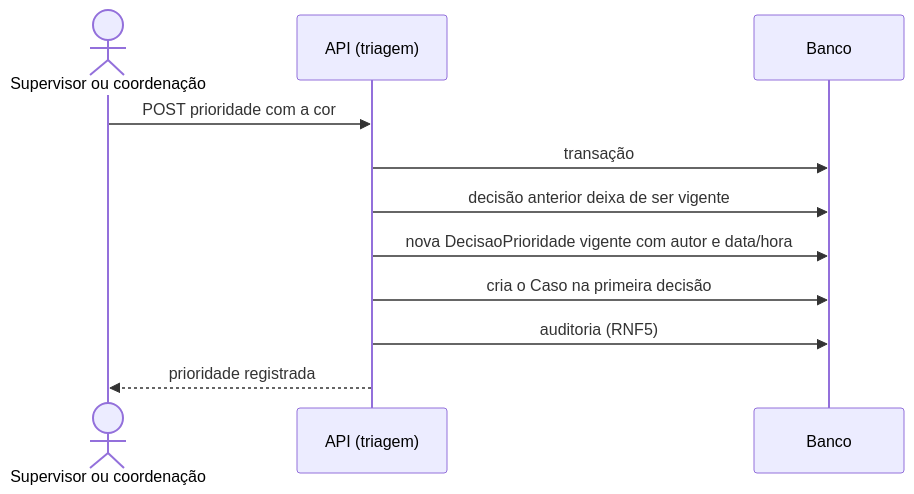
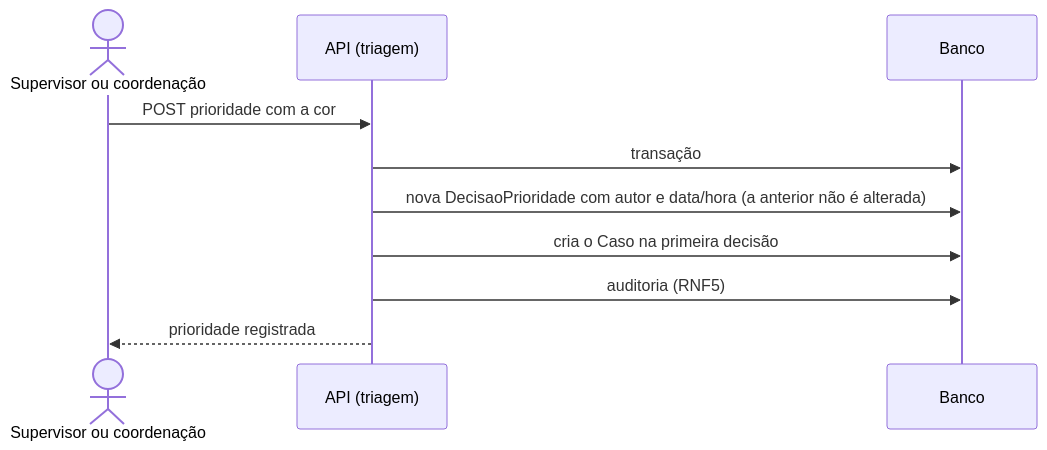
Before and after one commit to mdsreq-fga-unb/REQ-2026.2-T02-ClinicaEscolaFBr: the ninth of 13 diagrams in documentacao/docs/unidade-3/projeto-features-ciclo-3.md, drawn with Mermaid. The commit also changed other lines of this file, not shown here.

````diff
--- a/documentacao/docs/unidade-3/projeto-features-ciclo-3.md
+++ b/documentacao/docs/unidade-3/projeto-features-ciclo-3.md
@@ -407,13 +406,12 @@
 ```mermaid
 sequenceDiagram
     actor S as Supervisor ou coordenação
     participant A as API (triagem)
     participant DB as Banco
     S->>A: POST prioridade com a cor
     A->>DB: transação
-    A->>DB: decisão anterior deixa de ser vigente
-    A->>DB: nova DecisaoPrioridade vigente com autor e data/hora
+    A->>DB: nova DecisaoPrioridade com autor e data/hora (a anterior não é alterada)
     A->>DB: cria o Caso na primeira decisão
     A->>DB: auditoria (RNF5)
     A-->>S: prioridade registrada
 ```
````
